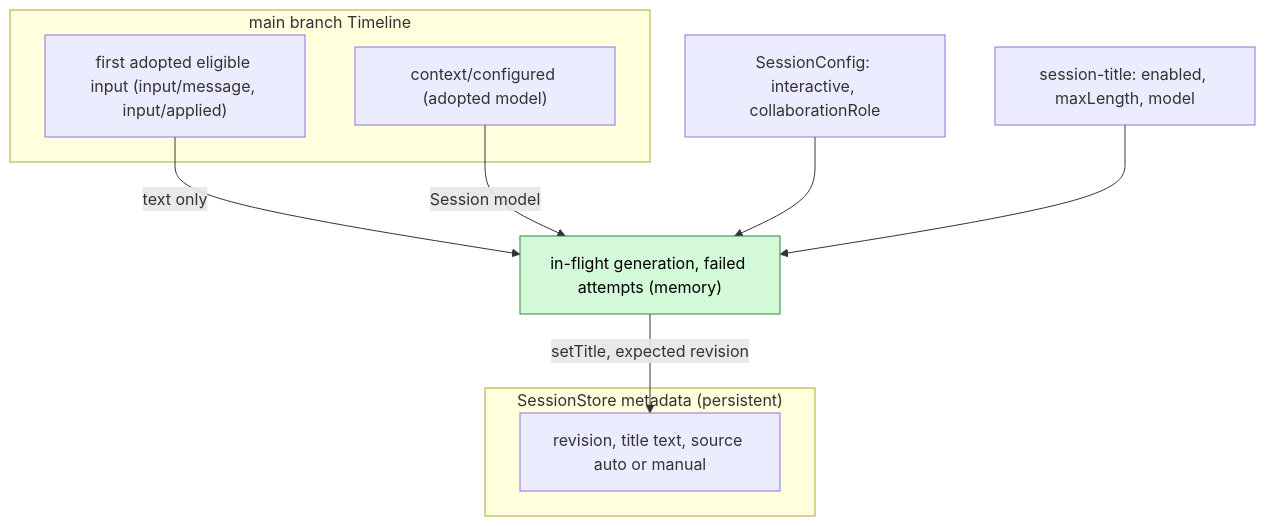
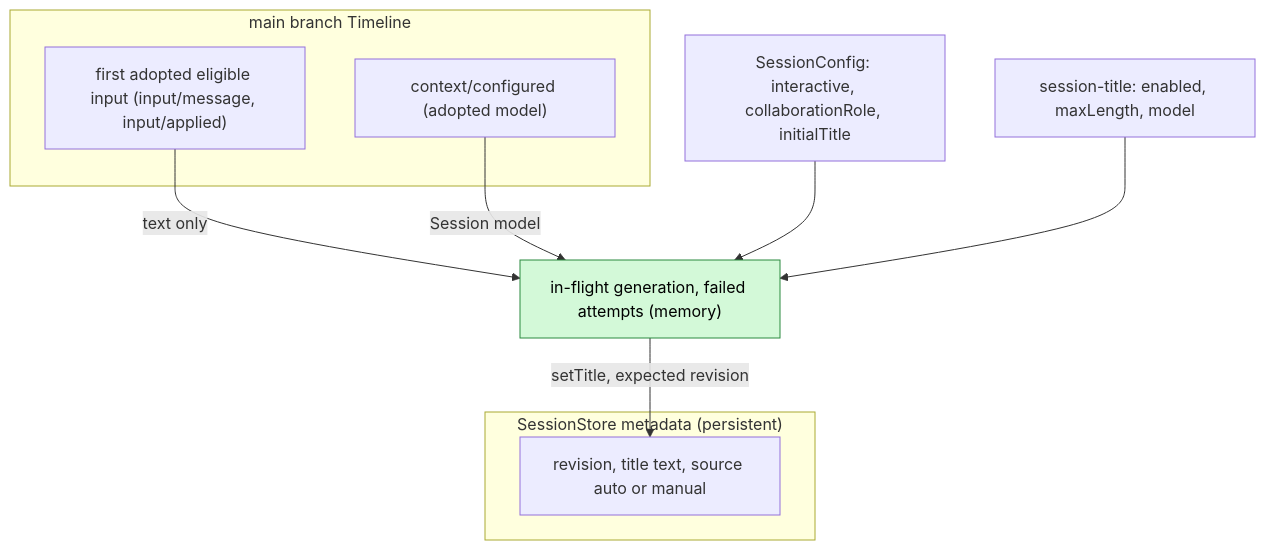
The second of 6 diagrams in docs/design/plugins/SessionTitle.md (arcships/dim), drawn with Mermaid before and after one commit. The commit also changed other lines of this file and 3 other files, not shown here.

````diff
--- a/docs/design/plugins/SessionTitle.md
+++ b/docs/design/plugins/SessionTitle.md
@@ -132,19 +132,19 @@
 ```mermaid
 flowchart TB
   subgraph TLM["main branch Timeline"]
     FUI["first adopted eligible input (input/message, input/applied)"]
     CC["context/configured (adopted model)"]
   end
   subgraph STORE["SessionStore metadata (persistent)"]
     MD["revision, title text, source auto or manual"]
   end
-  CONF["SessionConfig: interactive, collaborationRole"]
+  CONF["SessionConfig: interactive, collaborationRole, initialTitle"]
   CFG["session-title: enabled, maxLength, model"]
   MEM["in-flight generation, failed attempts (memory)"]:::new
   FUI -->|"text only"| MEM
   CC -->|"Session model"| MEM
   CONF --> MEM
   CFG --> MEM
   MEM -->|"setTitle, expected revision"| MD
   classDef new fill:#d3f9d8,stroke:#2b8a3e,color:#000
 ```
````
